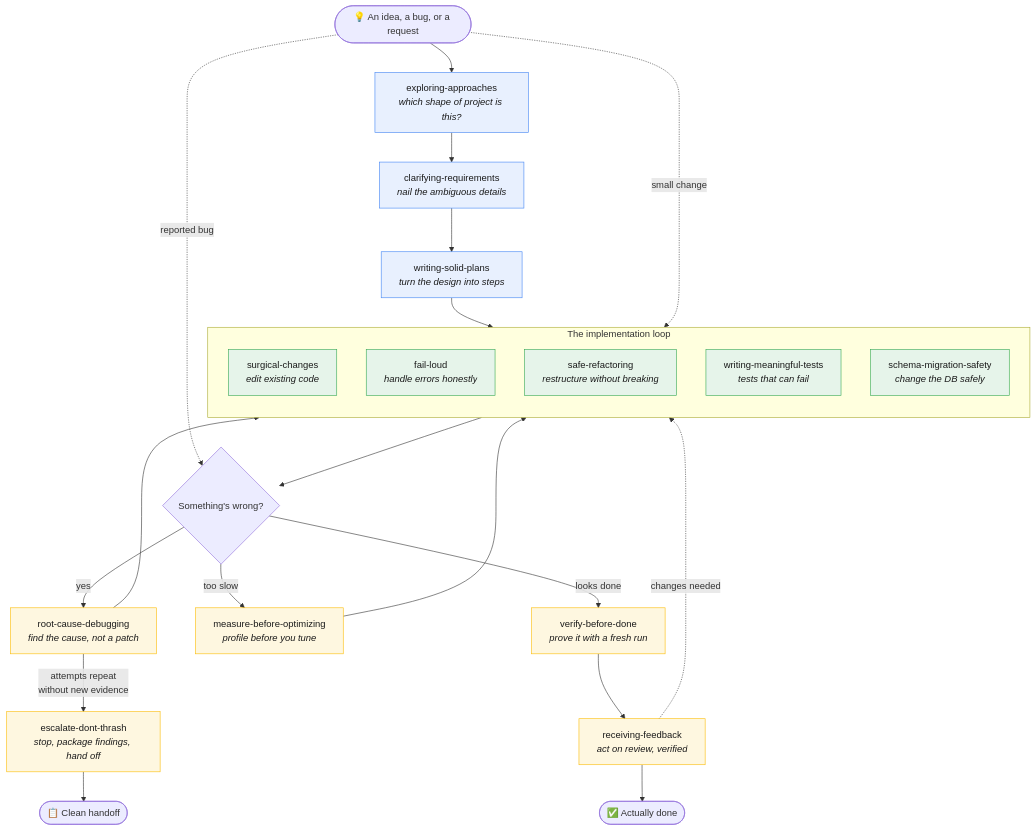
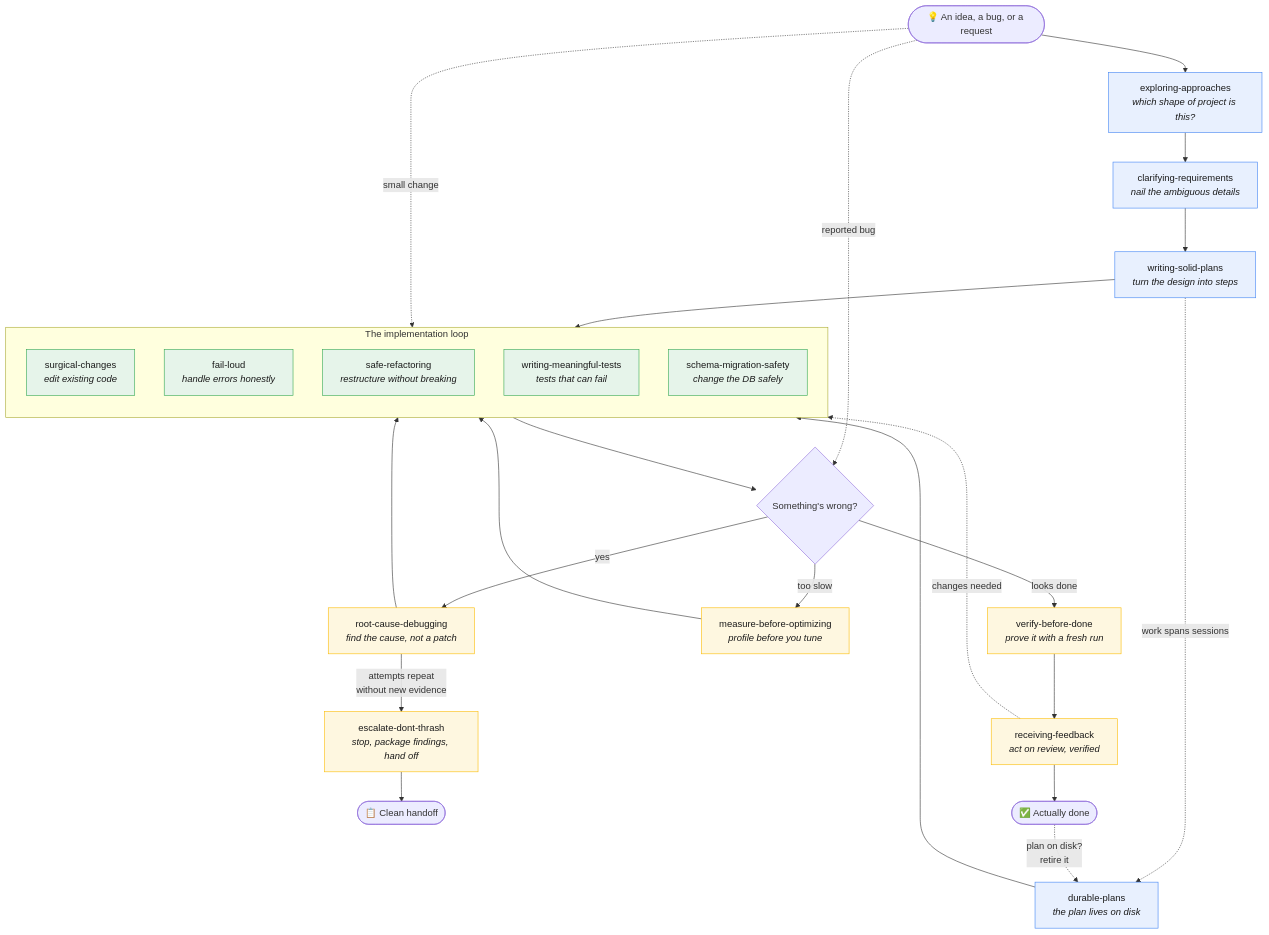
One commit to yuchi-chang/no-cape changed the diagram in README.md. Above: the diagram before and after it, drawn with Mermaid. The commit also changed other lines of this file and 7 other files, not shown here.

First line of the commit message:
feat: add durable-plans skill to replace openspec

````diff
--- a/README.md
+++ b/README.md
@@ -34,41 +36,44 @@
 ```mermaid
 flowchart TD
     Idea([💡 An idea, a bug, or a request])
 
     Idea --> Explore[exploring-approaches<br/><i>which shape of project is this?</i>]
     Explore --> Clarify[clarifying-requirements<br/><i>nail the ambiguous details</i>]
     Clarify --> Plan[writing-solid-plans<br/><i>turn the design into steps</i>]
 
     Plan --> Loop
+    Plan -.->|work spans sessions| Durable[durable-plans<br/><i>the plan lives on disk</i>]
+    Durable --> Loop
     Idea -.->|small change| Loop
 
     subgraph Loop ["The implementation loop"]
         direction TB
         Surgical[surgical-changes<br/><i>edit existing code</i>]
         FailLoud[fail-loud<br/><i>handle errors honestly</i>]
         Refactor[safe-refactoring<br/><i>restructure without breaking</i>]
         Tests[writing-meaningful-tests<br/><i>tests that can fail</i>]
         Schema[schema-migration-safety<br/><i>change the DB safely</i>]
     end
 
     Loop --> Debug{Something's wrong?}
     Idea -.->|reported bug| Debug
     Debug -->|yes| RCD[root-cause-debugging<br/><i>find the cause, not a patch</i>]
     RCD --> Loop
     RCD -->|attempts repeat<br/>without new evidence| Esc[escalate-dont-thrash<br/><i>stop, package findings, hand off</i>]
     Esc --> Handoff([📋 Clean handoff])
     Debug -->|too slow| Measure[measure-before-optimizing<br/><i>profile before you tune</i>]
     Measure --> Loop
 
     Debug -->|looks done| Verify[verify-before-done<br/><i>prove it with a fresh run</i>]
     Verify --> Feedback[receiving-feedback<br/><i>act on review, verified</i>]
     Feedback -.->|changes needed| Loop
     Feedback --> Done([✅ Actually done])
+    Done -.->|plan on disk?<br/>retire it| Durable
 
     classDef front fill:#e8f0fe,stroke:#4285f4,color:#1a1a1a;
     classDef impl fill:#e6f4ea,stroke:#34a853,color:#1a1a1a;
     classDef check fill:#fef7e0,stroke:#fbbc04,color:#1a1a1a;
-    class Explore,Clarify,Plan front;
+    class Explore,Clarify,Plan,Durable front;
     class Surgical,FailLoud,Refactor,Tests,Schema impl;
     class RCD,Esc,Measure,Verify,Feedback check;
 ```
````
